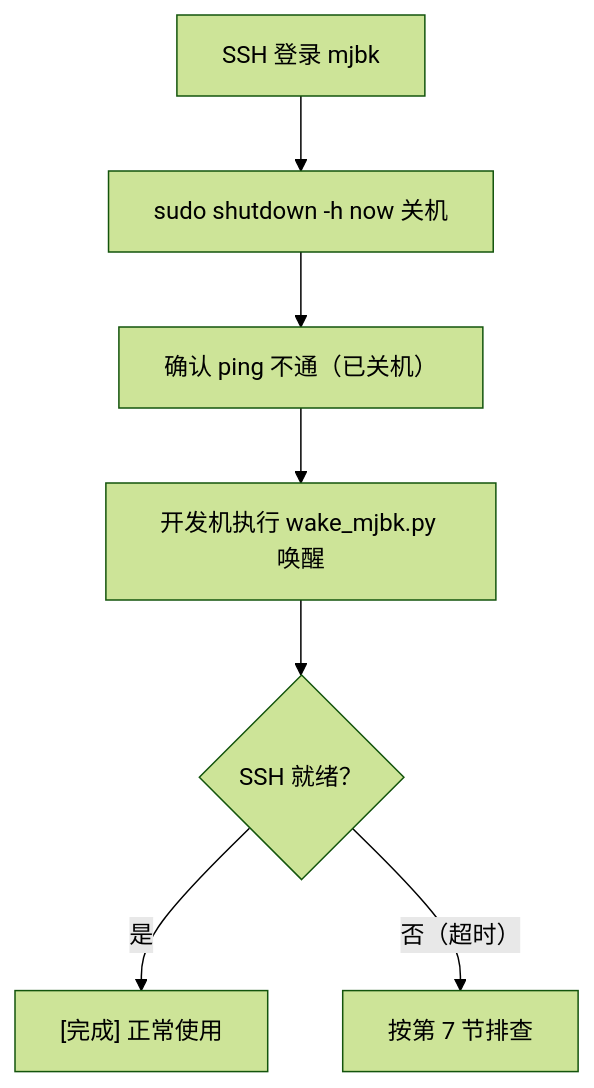
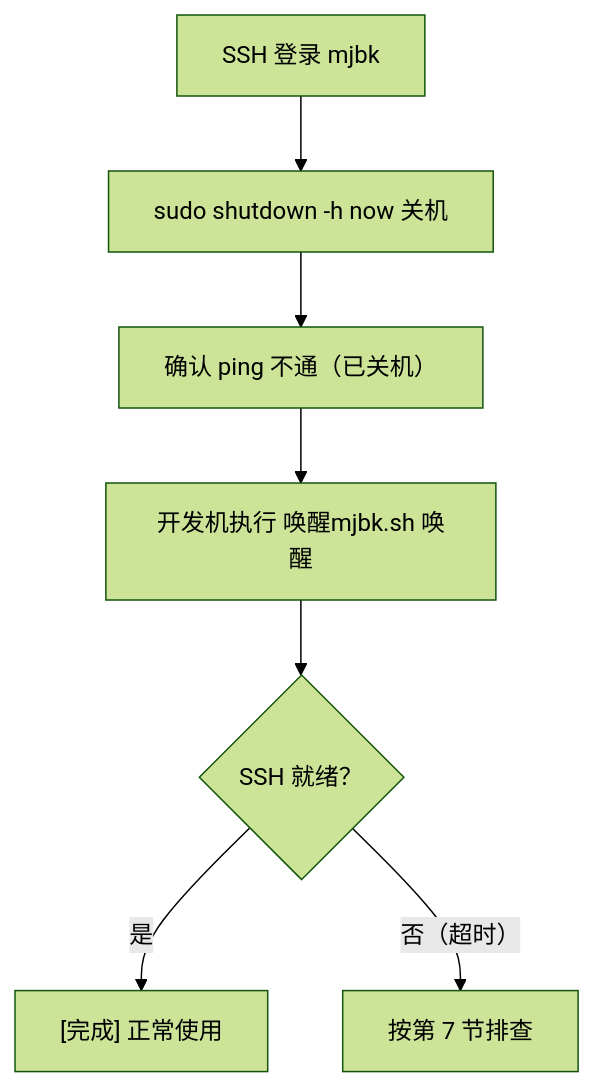
One commit to minjian123/basic-management-system changed the first of 2 diagrams in 文档/资料/开发服务器/linux/开发服务器电源控制使用说明.md. Above: the diagram before and after it, drawn with Mermaid (forest theme). The commit also changed other lines of this file and 13 other files, not shown here.

Commit message:
feat(tools): 电源控制补 Linux 入口与桌面图标，文档同步 mjpc 换装 Ubuntu

````diff
--- a/文档/资料/开发服务器/linux/开发服务器电源控制使用说明.md
+++ b/文档/资料/开发服务器/linux/开发服务器电源控制使用说明.md
@@ -201,9 +207,9 @@
 ```mermaid
 flowchart TD
     A["SSH 登录 mjbk"] --> B["sudo shutdown -h now 关机"]
     B --> C["确认 ping 不通（已关机）"]
-    C --> D["开发机执行 wake_mjbk.py 唤醒"]
+    C --> D["开发机执行 唤醒mjbk.sh 唤醒"]
     D --> E{"SSH 就绪？"}
     E -- 是 --> F["[完成] 正常使用"]
     E -- 否（超时） --> G["按第 7 节排查"]
 ```
````
